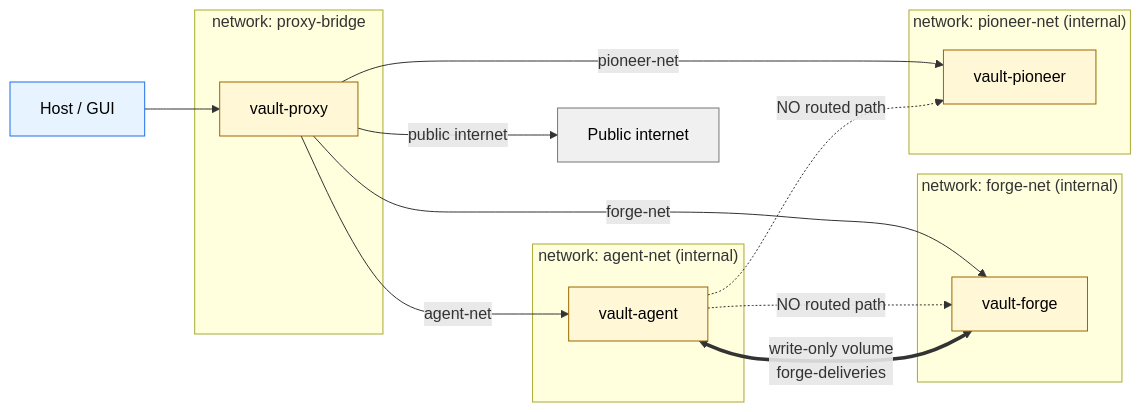
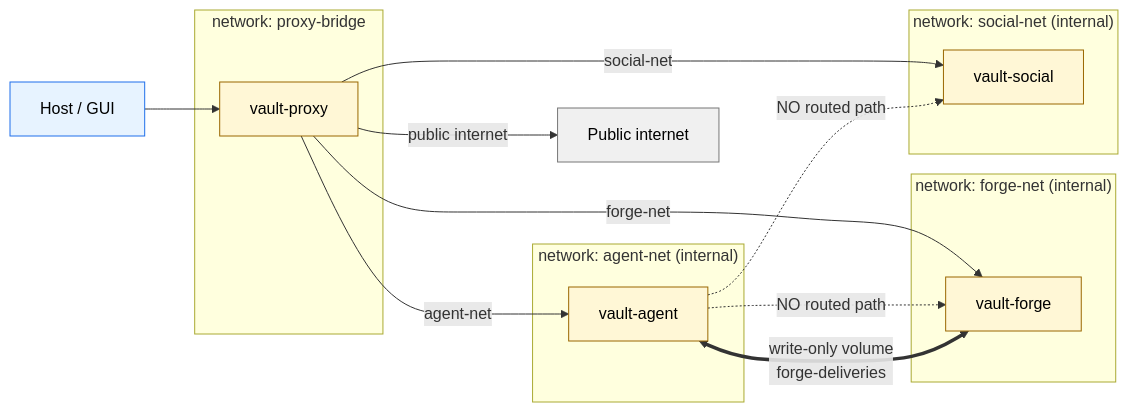
Before and after one commit to albertdobmeyer/opentrapp: the third of 5 diagrams in docs/diagrams.md, drawn with Mermaid. The commit also changed other lines of this file and 352 other files, not shown here.

````diff
--- a/docs/diagrams.md
+++ b/docs/diagrams.md
@@ -118,37 +118,37 @@
 ```mermaid
 flowchart LR
     subgraph N1["network: agent-net (internal)"]
         AGENT[vault-agent]
     end
 
     subgraph N2["network: forge-net (internal)"]
         FORGE[vault-forge]
     end
 
-    subgraph N3["network: pioneer-net (internal)"]
-        PIONEER[vault-pioneer]
+    subgraph N3["network: social-net (internal)"]
+        PIONEER[vault-social]
     end
 
     subgraph N4["network: proxy-bridge"]
         PROXY[vault-proxy]
     end
 
     PROXY -- "agent-net" --> AGENT
     PROXY -- "forge-net" --> FORGE
-    PROXY -- "pioneer-net" --> PIONEER
+    PROXY -- "social-net" --> PIONEER
     PROXY -->|public internet| INET[Public internet]
 
     AGENT -.->|"NO routed path"| FORGE
     AGENT -.->|"NO routed path"| PIONEER
     AGENT <==>|"write-only volume<br/>forge-deliveries"| FORGE
 
     HOST[Host / GUI] --> PROXY
 
     classDef cont fill:#fff7d6,stroke:#9a6700,color:#000
     classDef host fill:#e7f3ff,stroke:#1f6feb,color:#000
     classDef inet fill:#f0f0f0,stroke:#777,color:#000
 
     class AGENT,FORGE,PIONEER,PROXY cont
     class HOST host
     class INET inet
 ```
````
